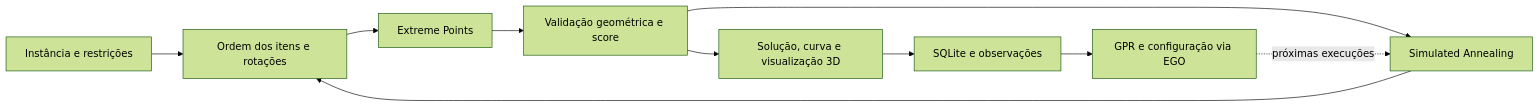
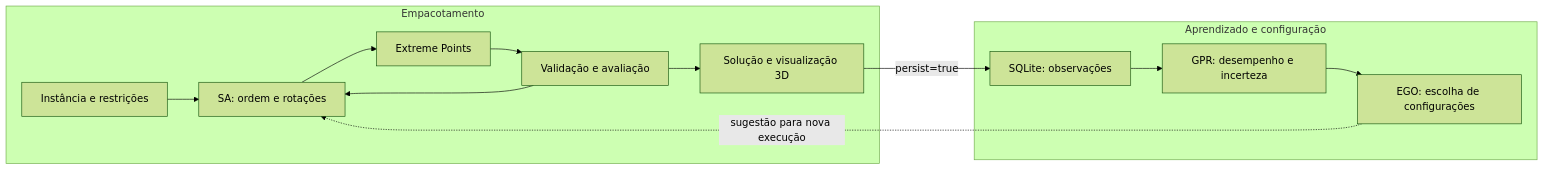
Before and after one commit to lucastcor/adaptive-3d-bin-packing: the diagram in README.md, drawn with Mermaid (forest theme). The commit also changed other lines of this file, not shown here.

Commit message:
docs: describe adaptive learning and experiment platform

````diff
--- a/README.md
+++ b/README.md
@@ -56,12 +60,16 @@
 ```mermaid
 flowchart LR
-    A[Instância e restrições] --> B[Ordem dos itens e rotações]
-    B --> C[Extreme Points]
-    C --> D[Validação geométrica e score]
-    D --> E[Simulated Annealing]
-    E --> B
-    D --> F[Solução, curva e visualização 3D]
-    F --> G[SQLite e observações]
-    G --> H[GPR e configuração via EGO]
-    H -. próximas execuções .-> E
+    subgraph Packing[Empacotamento]
+        A[Instância e restrições] --> B[SA: ordem e rotações]
+        B --> C[Extreme Points]
+        C --> D[Validação e avaliação]
+        D --> B
+        D --> E[Solução e visualização 3D]
+    end
+    subgraph Learning[Aprendizado e configuração]
+        F[SQLite: observações] --> G[GPR: desempenho e incerteza]
+        G --> H[EGO: escolha de configurações]
+    end
+    E -->|persist=true| F
+    H -. sugestão para nova execução .-> B
 ```
````
